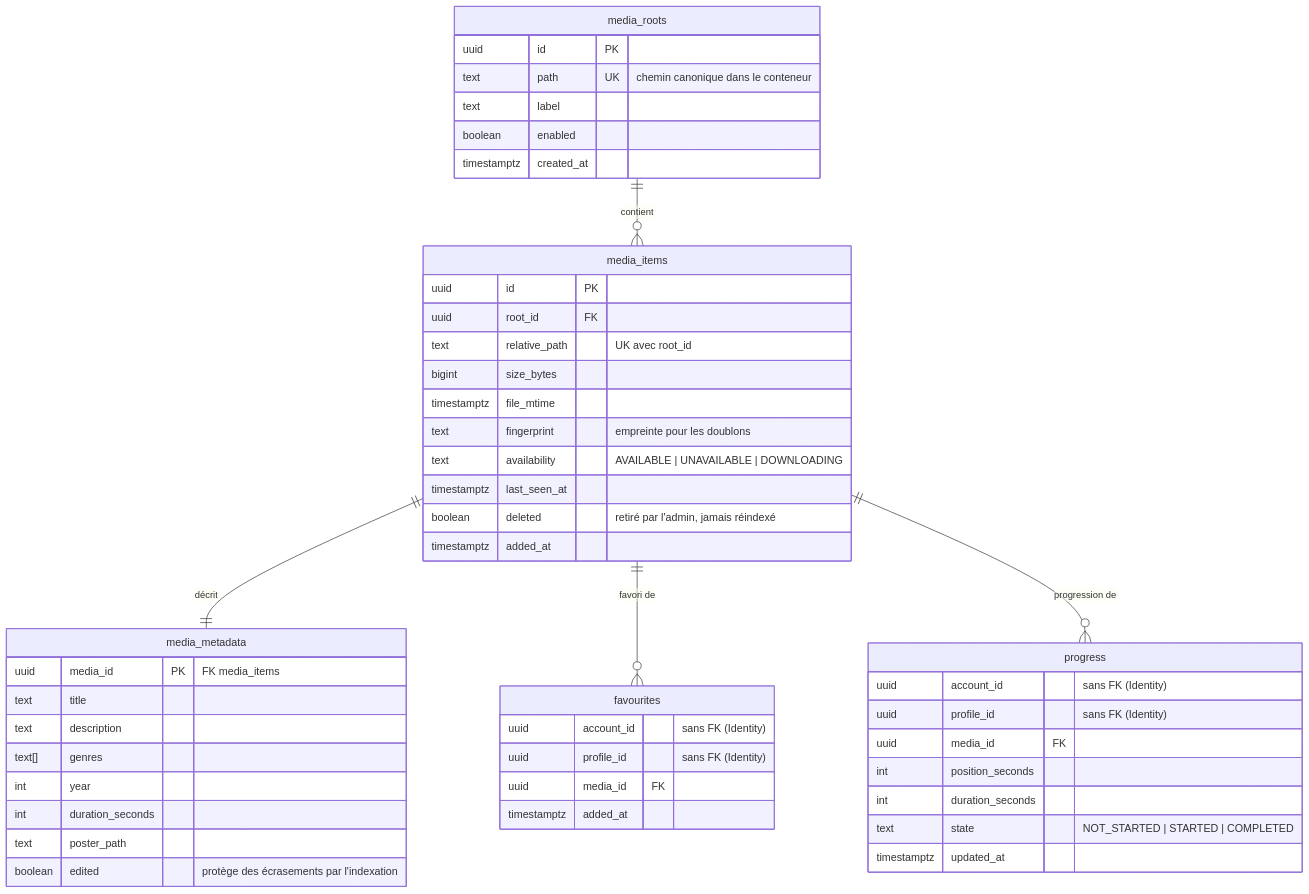
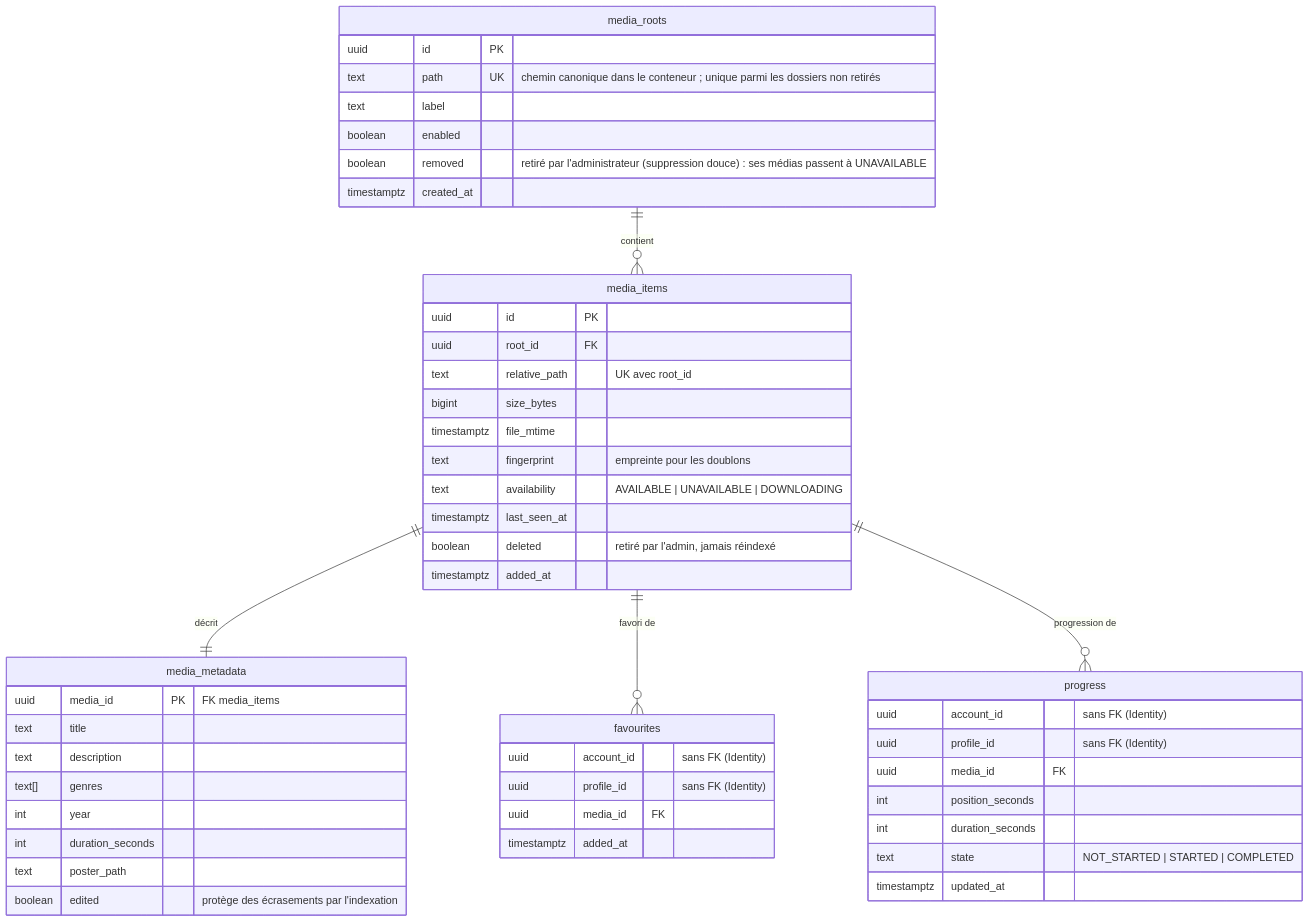
Before and after one commit to tomvieilledent/holbertonschool-homeflix-project: the second of 3 diagrams in docs/architecture/data-model.md, drawn with Mermaid. The commit also changed 24 other files, not shown here.

````diff
--- a/docs/architecture/data-model.md
+++ b/docs/architecture/data-model.md
@@ -56,51 +56,52 @@
 ```mermaid
 erDiagram
     media_roots ||--o{ media_items : "contient"
     media_items ||--|| media_metadata : "décrit"
     media_items ||--o{ favourites : "favori de"
     media_items ||--o{ progress : "progression de"
     media_roots {
         uuid id PK
-        text path UK "chemin canonique dans le conteneur"
+        text path UK "chemin canonique dans le conteneur ; unique parmi les dossiers non retirés"
         text label
         boolean enabled
+        boolean removed "retiré par l'administrateur (suppression douce) : ses médias passent à UNAVAILABLE"
         timestamptz created_at
     }
     media_items {
         uuid id PK
         uuid root_id FK
         text relative_path "UK avec root_id"
         bigint size_bytes
         timestamptz file_mtime
         text fingerprint "empreinte pour les doublons"
         text availability "AVAILABLE | UNAVAILABLE | DOWNLOADING"
         timestamptz last_seen_at
         boolean deleted "retiré par l'admin, jamais réindexé"
         timestamptz added_at
     }
     media_metadata {
         uuid media_id PK "FK media_items"
         text title
         text description
         text[] genres
         int year
         int duration_seconds
         text poster_path
         boolean edited "protège des écrasements par l'indexation"
     }
     favourites {
         uuid account_id "sans FK (Identity)"
         uuid profile_id "sans FK (Identity)"
         uuid media_id FK
         timestamptz added_at
     }
     progress {
         uuid account_id "sans FK (Identity)"
         uuid profile_id "sans FK (Identity)"
         uuid media_id FK
         int position_seconds
         int duration_seconds
         text state "NOT_STARTED | STARTED | COMPLETED"
         timestamptz updated_at
     }
 ```
````
